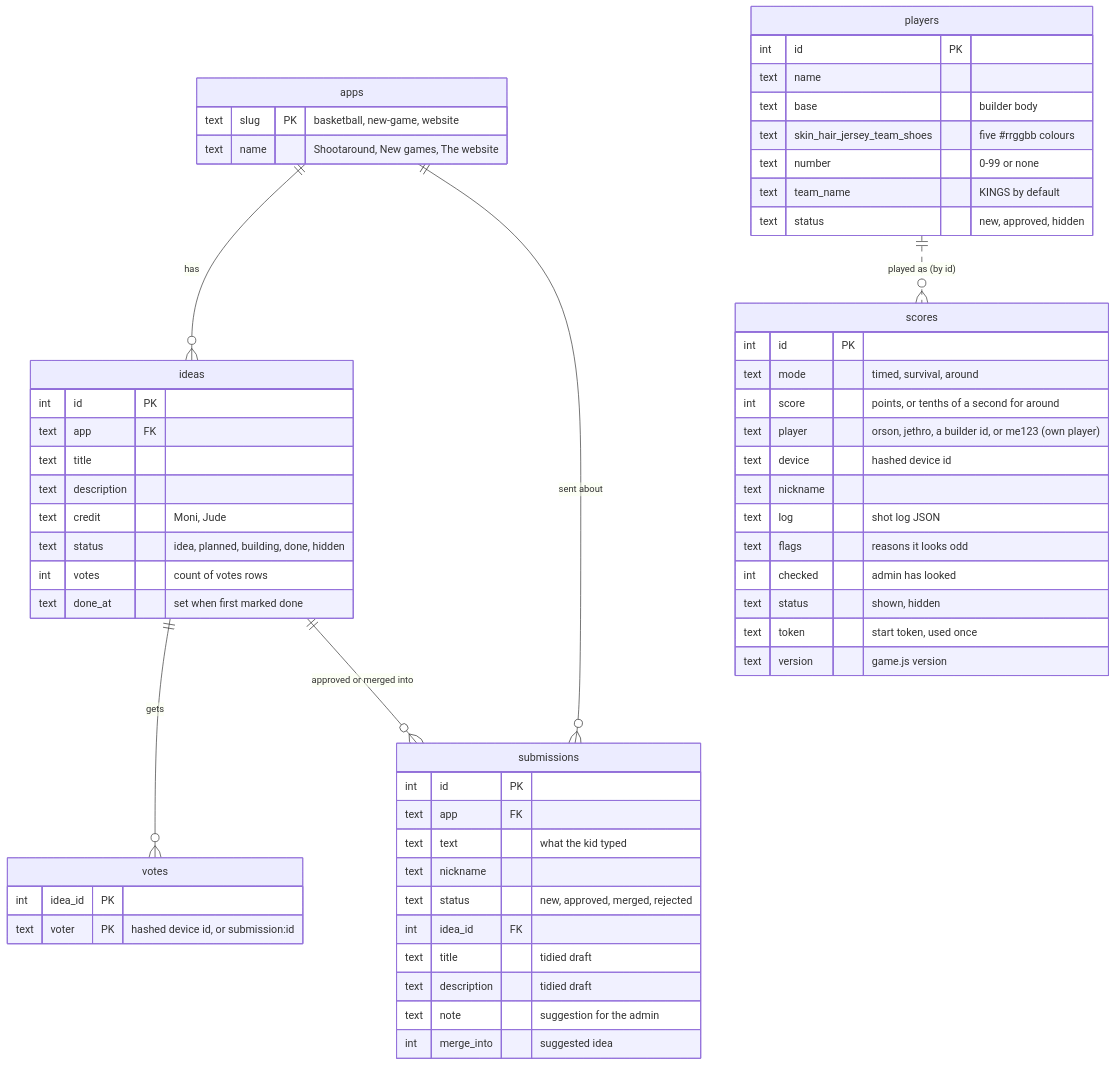
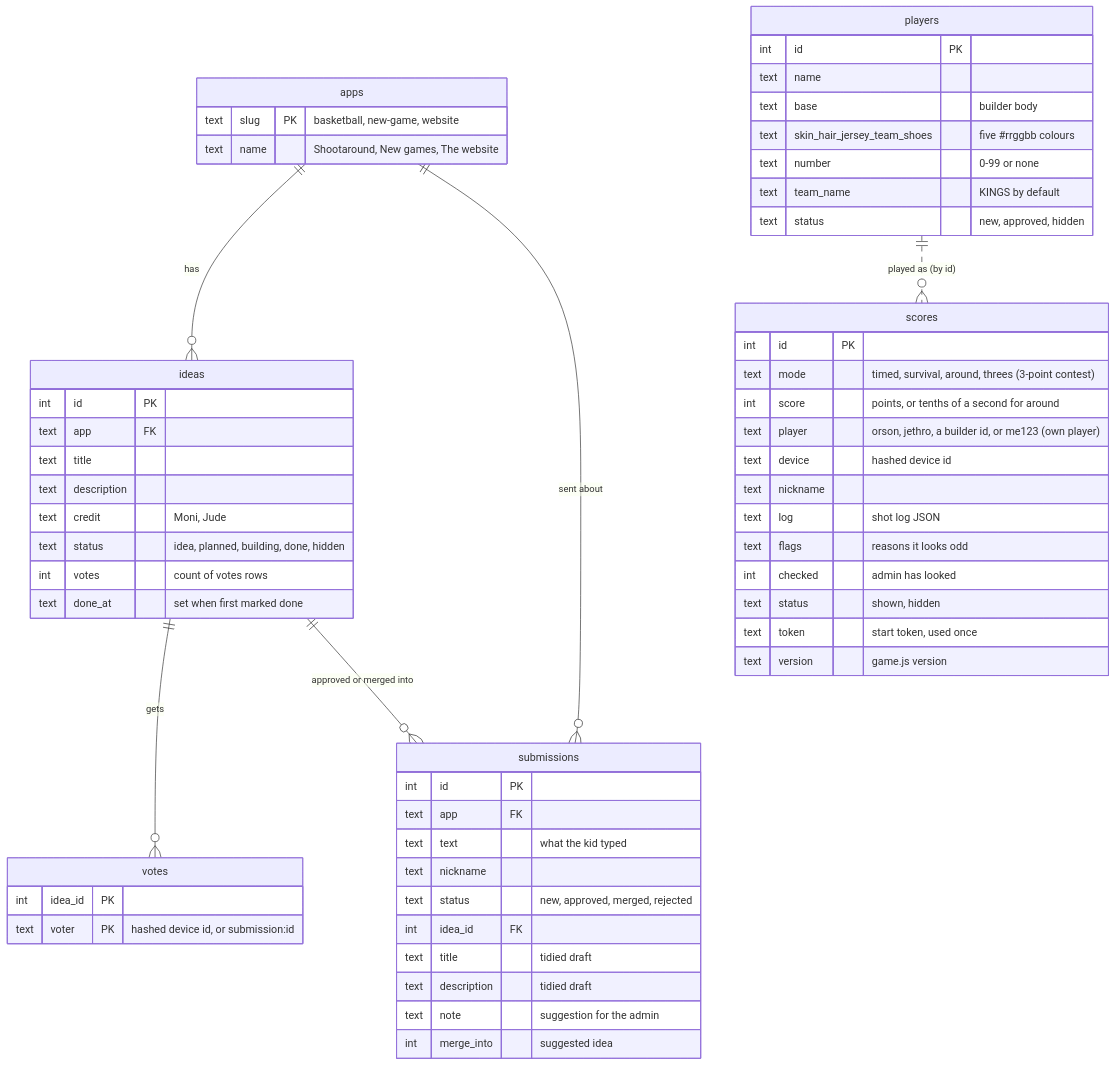
Before and after one commit to orsonbrooker/orsonbrooker.github.io: the third of 7 diagrams in docs/architecture.md, drawn with Mermaid. The commit also changed other lines of this file and 10 other files, not shown here.

First line of the commit message:
Add the 3-point contest mode, hidden until its rack art is in

````diff
--- a/docs/architecture.md
+++ b/docs/architecture.md
@@ -84,62 +85,62 @@
 ```mermaid
 erDiagram
   apps ||--o{ ideas : "has"
   apps ||--o{ submissions : "sent about"
   ideas ||--o{ votes : "gets"
   ideas ||--o{ submissions : "approved or merged into"
   players ||..o{ scores : "played as (by id)"
 
   apps {
     text slug PK "basketball, new-game, website"
     text name "Shootaround, New games, The website"
   }
   submissions {
     int id PK
     text app FK
     text text "what the kid typed"
     text nickname
     text status "new, approved, merged, rejected"
     int idea_id FK
     text title "tidied draft"
     text description "tidied draft"
     text note "suggestion for the admin"
     int merge_into "suggested idea"
   }
   ideas {
     int id PK
     text app FK
     text title
     text description
     text credit "Moni, Jude"
     text status "idea, planned, building, done, hidden"
     int votes "count of votes rows"
     text done_at "set when first marked done"
   }
   votes {
     int idea_id PK
     text voter PK "hashed device id, or submission:id"
   }
   players {
     int id PK
     text name
     text base "builder body"
     text skin_hair_jersey_team_shoes "five #rrggbb colours"
     text number "0-99 or none"
     text team_name "KINGS by default"
     text status "new, approved, hidden"
   }
   scores {
     int id PK
-    text mode "timed, survival, around"
+    text mode "timed, survival, around, threes (3-point contest)"
     int score "points, or tenths of a second for around"
     text player "orson, jethro, a builder id, or me123 (own player)"
     text device "hashed device id"
     text nickname
     text log "shot log JSON"
     text flags "reasons it looks odd"
     int checked "admin has looked"
     text status "shown, hidden"
     text token "start token, used once"
     text version "game.js version"
   }
 ```
````
